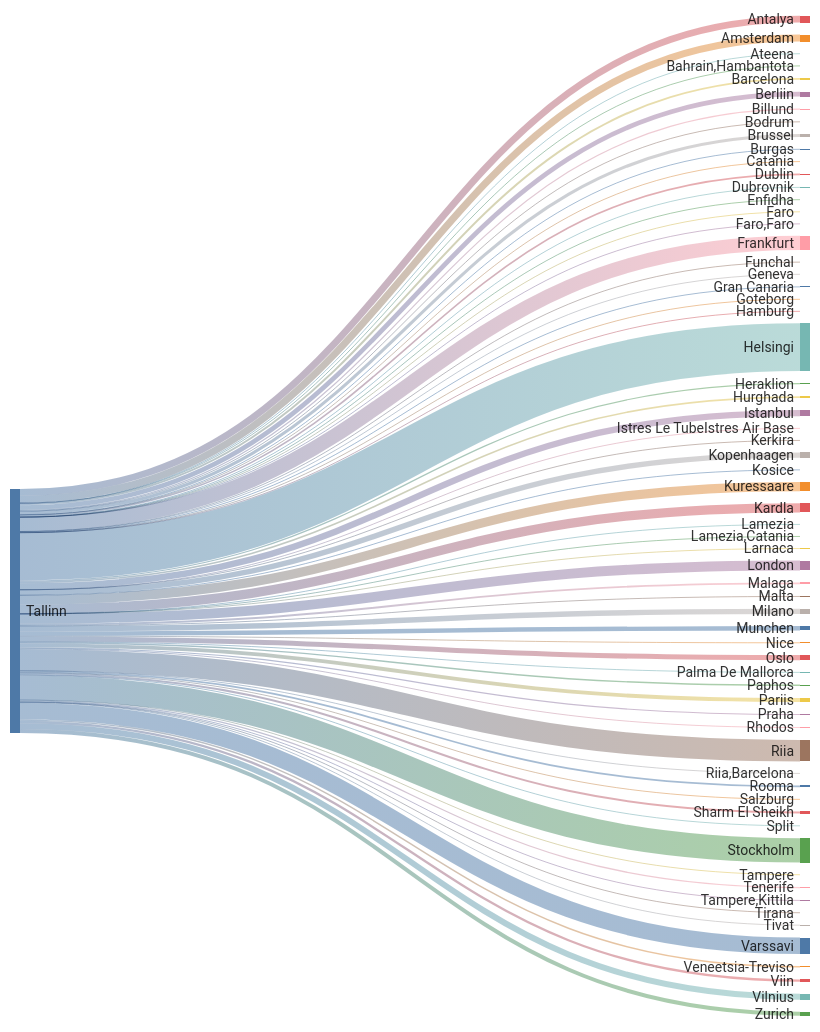
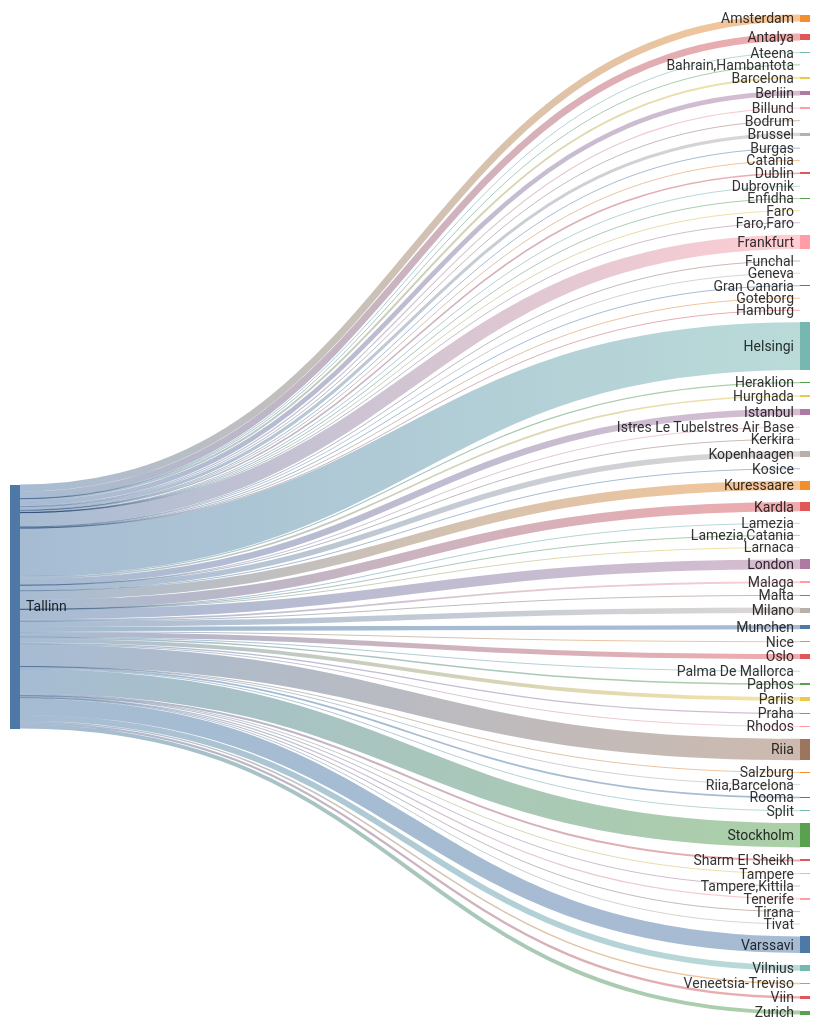
The second of 2 diagrams in README.md (rainermesi/tll-airport-departures), drawn with Mermaid before and after one commit. The commit also changed other lines of this file and 1 other file, not shown here.

````diff
--- a/README.md
+++ b/README.md
@@ -34,77 +34,77 @@
 ```mermaid
 ---
 config:
   sankey:
     showValues: false
     width: 800
     height: 1000
 ---
 sankey-beta
 %% source,target,value
-Tallinn,Amsterdam,321
-Tallinn,Antalya,311
+Tallinn,Amsterdam,323
+Tallinn,Antalya,313
 Tallinn,Ateena,16
 Tallinn,"Bahrain,Hambantota",1
 Tallinn,Barcelona,89
 Tallinn,Berliin,214
 Tallinn,Billund,53
 Tallinn,Bodrum,11
 Tallinn,Brussel,141
 Tallinn,Burgas,24
 Tallinn,Catania,2
-Tallinn,Dublin,71
+Tallinn,Dublin,72
 Tallinn,Dubrovnik,21
 Tallinn,Enfidha,7
 Tallinn,Faro,4
 Tallinn,"Faro,Faro",1
-Tallinn,Frankfurt,648
+Tallinn,Frankfurt,651
 Tallinn,Funchal,5
 Tallinn,Geneva,13
 Tallinn,Gran Canaria,38
 Tallinn,Goteborg,1
 Tallinn,Hamburg,2
-Tallinn,Helsingi,2181
+Tallinn,Helsingi,2191
 Tallinn,Heraklion,54
 Tallinn,Hurghada,75
-Tallinn,Istanbul,293
+Tallinn,Istanbul,294
 Tallinn,Istres Le TubeIstres Air Base,2
 Tallinn,Kerkira,4
-Tallinn,Kopenhaagen,246
+Tallinn,Kopenhaagen,249
 Tallinn,Kosice,1
-Tallinn,Kuressaare,423
-Tallinn,Kardla,423
+Tallinn,Kuressaare,425
+Tallinn,Kardla,425
 Tallinn,Lamezia,1
 Tallinn,"Lamezia,Catania",3
 Tallinn,Larnaca,4
-Tallinn,London,450
-Tallinn,Malaga,84
+Tallinn,London,452
+Tallinn,Malaga,85
 Tallinn,Malta,17
 Tallinn,Milano,249
-Tallinn,Munchen,200
+Tallinn,Munchen,201
 Tallinn,Nice,29
-Tallinn,Oslo,230
+Tallinn,Oslo,231
 Tallinn,Palma De Mallorca,21
 Tallinn,Paphos,66
-Tallinn,Pariis,176
+Tallinn,Pariis,177
 Tallinn,Praha,55
 Tallinn,Rhodos,36
-Tallinn,Riia,983
+Tallinn,Riia,988
 Tallinn,"Riia,Barcelona",1
 Tallinn,Rooma,80
 Tallinn,Salzburg,14
-Tallinn,Sharm El Sheikh,92
+Tallinn,Sharm El Sheikh,93
 Tallinn,Split,29
-Tallinn,Stockholm,1114
+Tallinn,Stockholm,1119
 Tallinn,Tampere,17
 Tallinn,"Tampere,Kittila",21
 Tallinn,Tenerife,58
 Tallinn,Tirana,9
-Tallinn,Tivat,31
-Tallinn,Varssavi,754
+Tallinn,Tivat,32
+Tallinn,Varssavi,757
 Tallinn,Veneetsia-Treviso,67
 Tallinn,Viin,106
-Tallinn,Vilnius,269
-Tallinn,Zurich,182
+Tallinn,Vilnius,271
+Tallinn,Zurich,183
 
 
 ```
````
